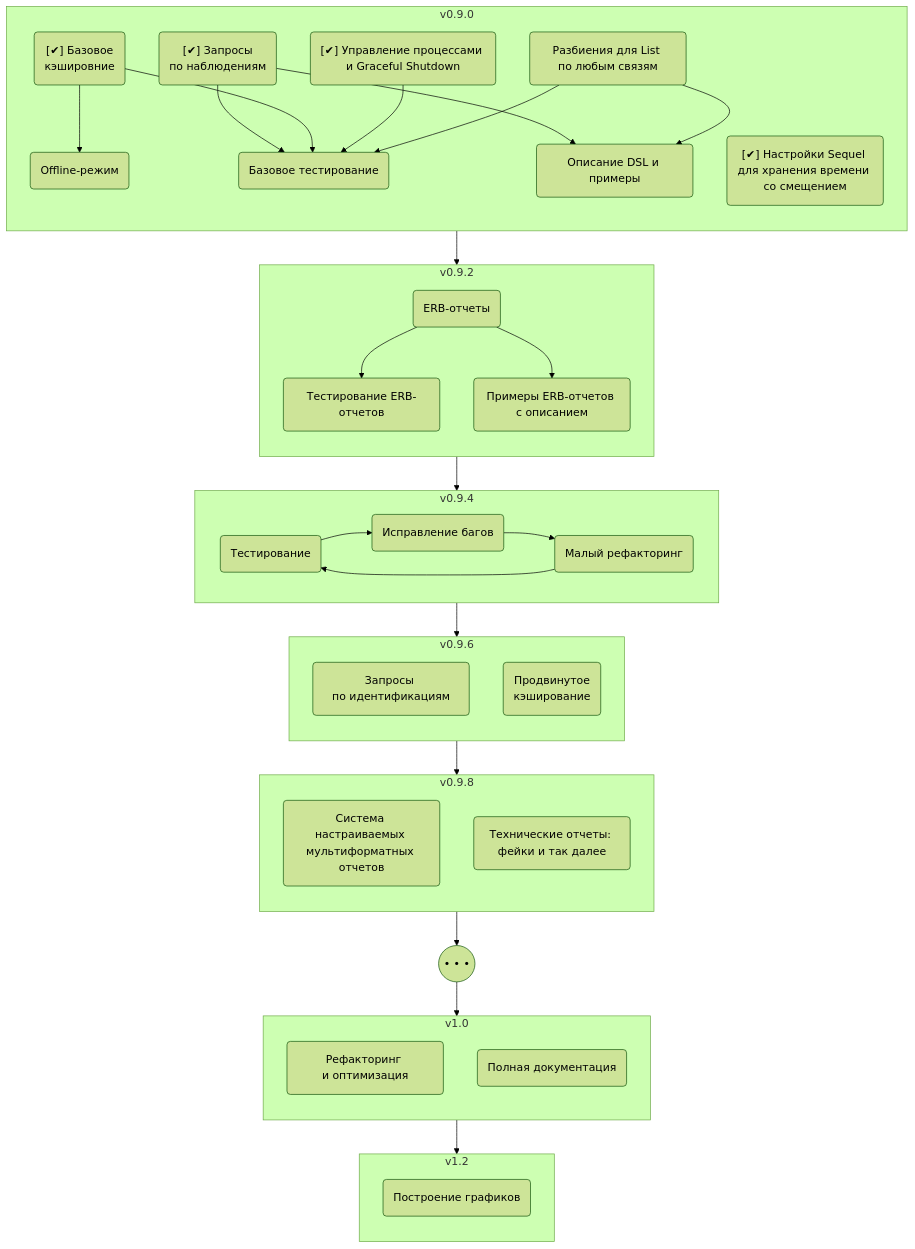
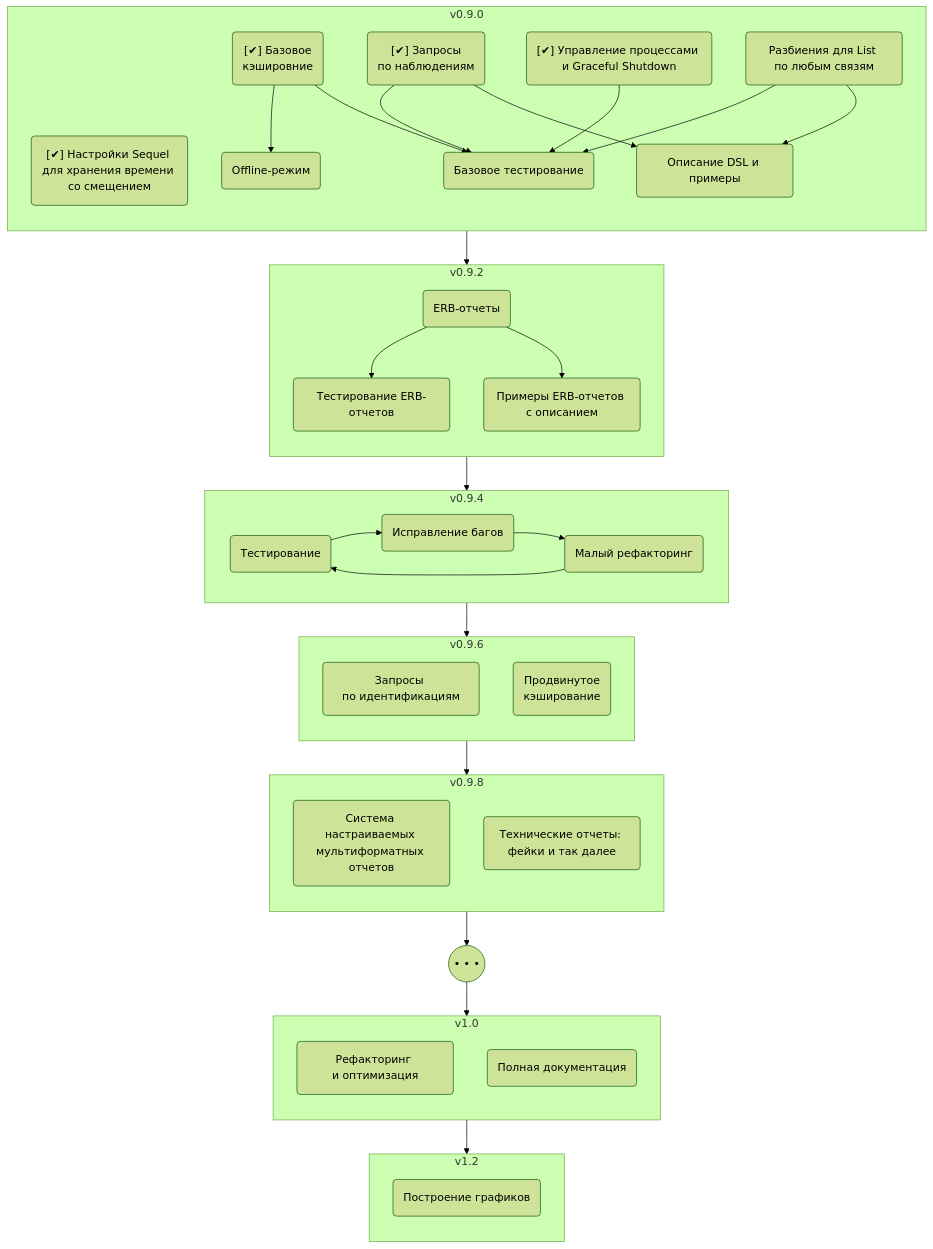
One commit to inat-get/inat-get changed the diagram in share/inat-get/dev-docs/roadmap.md. Above: the diagram before and after it, drawn with Mermaid (forest theme). The commit also changed other lines of this file, not shown here.

Commit message:
minor in roadmap

````diff
--- a/share/inat-get/dev-docs/roadmap.md
+++ b/share/inat-get/dev-docs/roadmap.md
@@ -2,77 +2,77 @@
 ```mermaid
 flowchart TB
 
   subgraph R090 ["v0.9.0"]
     direction TB
+    Timing("[✔] Настройки Sequel для хранения времени со смещением")
+    Shutdown("[✔] Управление процессами и Graceful Shutdown")
     Observs("[✔] Запросы<br>по наблюдениям")
     Caching("[✔] Базовое<br>кэшировние")
-    Shutdown("[✔] Управление процессами и Graceful Shutdown")
-    Timing("[✔] Настройки Sequel для хранения времени со смещением")
     Lists("Разбиения для List по любым связям")
     Offline("Offline-режим")
     BaseTesting("Базовое тестирование")
     BaseDoc("Описание DSL и примеры")
   end
 
   subgraph R092 ["v0.9.2"]
     direction TB
     ERB("ERB-отчеты")
     ERBTests("Тестирование ERB-отчетов")
     ERBSamples("Примеры ERB-отчетов с описанием")
   end
 
   subgraph R094 ["v0.9.4"]
     direction LR
     Testing("Тестирование")
     Debugging("Исправление багов")
     Ref1("Малый рефакторинг")
   end
 
   subgraph R096 ["v0.9.6"]
     direction TB
     Idents("Запросы по идентификациям")
     AdvCaching("Продвинутое<br>кэширование")
   end
 
   subgraph R098 ["v0.9.8"]
     direction TB
     Reporting("Система настраиваемых мультиформатных отчетов")
     TechReps("Технические отчеты: фейки и так далее")
   end
 
   Smth(("• • •"))
 
   subgraph R100 ["v1.0"]
     direction TB
     Refactoring("Рефакторинг и оптимизация")
     Documenting("Полная документация")
   end
 
   subgraph R120 ["v1.2"]
     direction TB
     Graphics("Построение графиков")
   end
 
   R090 --> R092
   R092 --> R094
   R094 --> R096
   R096 --> R098
   R098 --> Smth
   Smth --> R100
   R100 --> R120
 
   Caching --> Offline
   Observs --> BaseTesting
   Caching --> BaseTesting
   Shutdown --> BaseTesting
   Observs --> BaseDoc
   Lists --> BaseTesting
   Lists --> BaseDoc
 
   ERB --> ERBTests
   ERB --> ERBSamples
 
   Testing --> Debugging
   Debugging --> Ref1
   Ref1 --> Testing
 ```
````
